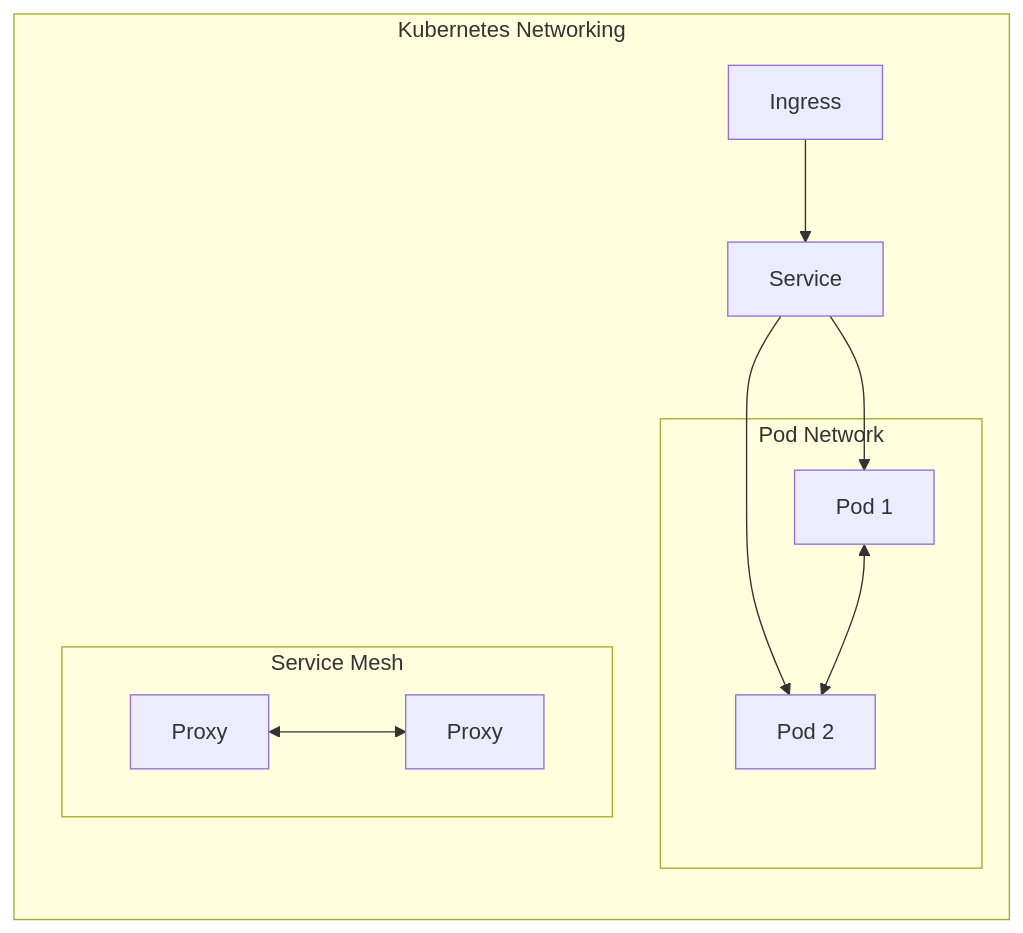
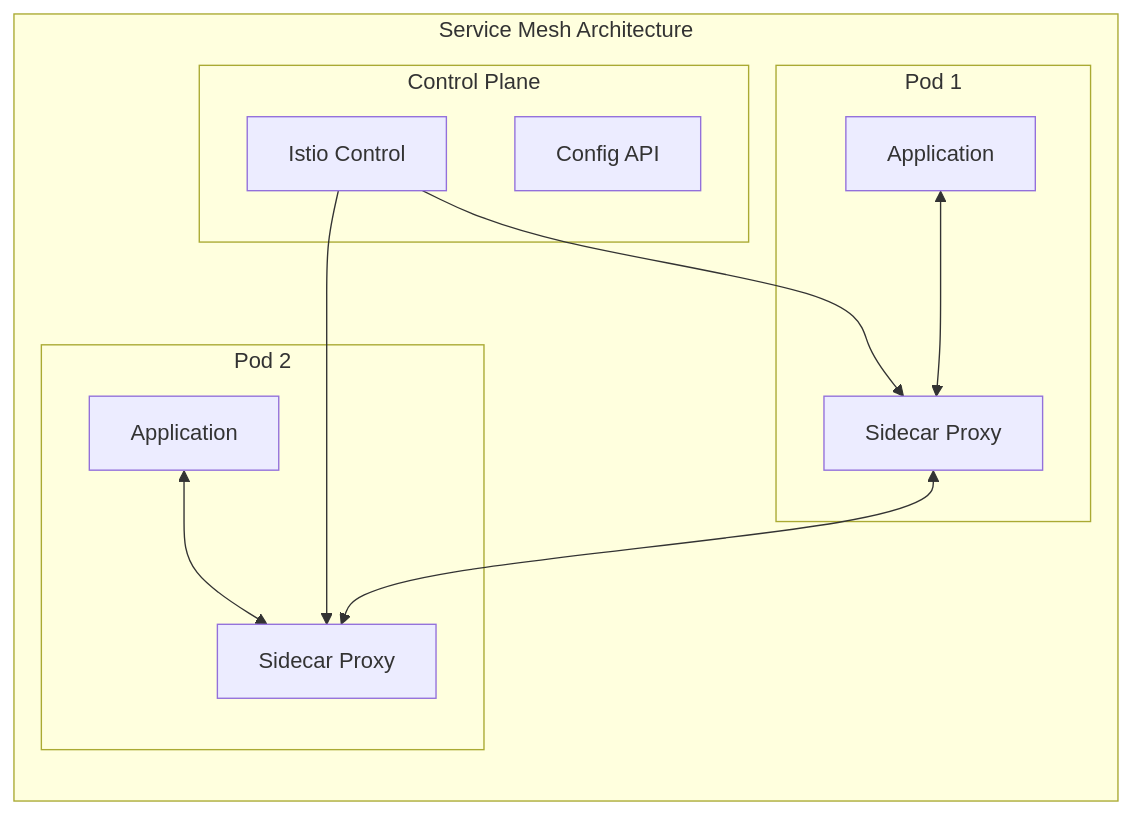
The fourth of 5 diagrams in src/Container_Orchestration_Concepts.md (saravanakumarrc/Architecture_Journey), drawn with Mermaid before and after one commit. The commit also changed other lines of this file and 2 other files, not shown here.

Commit message:
Refactor documentation for Cloud & Infrastructure and Message Broker Architectures to include detailed links and enhance clarity on patterns and implementations.

````diff
--- a/src/Container_Orchestration_Concepts.md
+++ b/src/Container_Orchestration_Concepts.md
@@ -208,20 +298,27 @@
 ```mermaid
 graph TB
-    subgraph "Kubernetes Networking"
+    subgraph "Service Mesh Architecture"
         direction TB
         
-        I[Ingress] --> S[Service]
-        S --> P1[Pod 1]
-        S --> P2[Pod 2]
-        
-        subgraph "Pod Network"
-            P1 <--> P2
+        subgraph "Pod 1"
+            App1[Application]
+            Proxy1[Sidecar Proxy]
         end
         
-        subgraph "Service Mesh"
-            SM1[Proxy]
-            SM2[Proxy]
-            SM1 <--> SM2
+        subgraph "Pod 2"
+            App2[Application]
+            Proxy2[Sidecar Proxy]
         end
+        
+        subgraph "Control Plane"
+            CP[Istio Control]
+            Config[Config API]
+        end
+        
+        App1 <--> Proxy1
+        App2 <--> Proxy2
+        Proxy1 <--> Proxy2
+        CP --> Proxy1
+        CP --> Proxy2
     end
 ```
````
